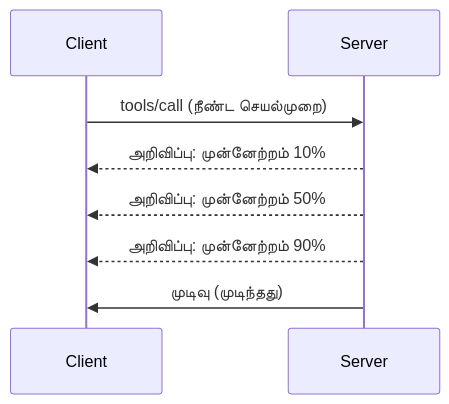
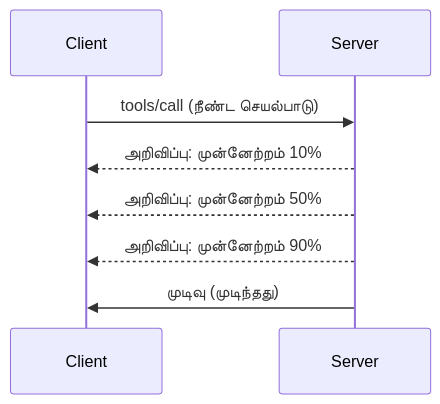
One commit to HIDORAKAI002/ai-workspace-archive changed the diagram in mcp_ecosystem__model_context_protocol/mcp_learning_resources/mcp-for-beginners/translations/ta/05-AdvancedTopics/mcp-protocol-features/README.md. Above: the diagram before and after it, drawn with Mermaid. The commit also changed other lines of this file and 1046 other files, not shown here.

````diff
--- a/mcp_ecosystem__model_context_protocol/mcp_learning_resources/mcp-for-beginners/translations/ta/05-AdvancedTopics/mcp-protocol-features/README.md
+++ b/mcp_ecosystem__model_context_protocol/mcp_learning_resources/mcp-for-beginners/translations/ta/05-AdvancedTopics/mcp-protocol-features/README.md
@@ -22,11 +24,11 @@
 ```mermaid
 sequenceDiagram
     participant Client
     participant Server
     
-    Client->>Server: tools/call (நீண்ட செயல்முறை)
+    Client->>Server: tools/call (நீண்ட செயல்பாடு)
     Server-->>Client: அறிவிப்பு: முன்னேற்றம் 10%
     Server-->>Client: அறிவிப்பு: முன்னேற்றம் 50%
     Server-->>Client: அறிவிப்பு: முன்னேற்றம் 90%
     Server->>Client: முடிவு (முடிந்தது)
 ```
````
